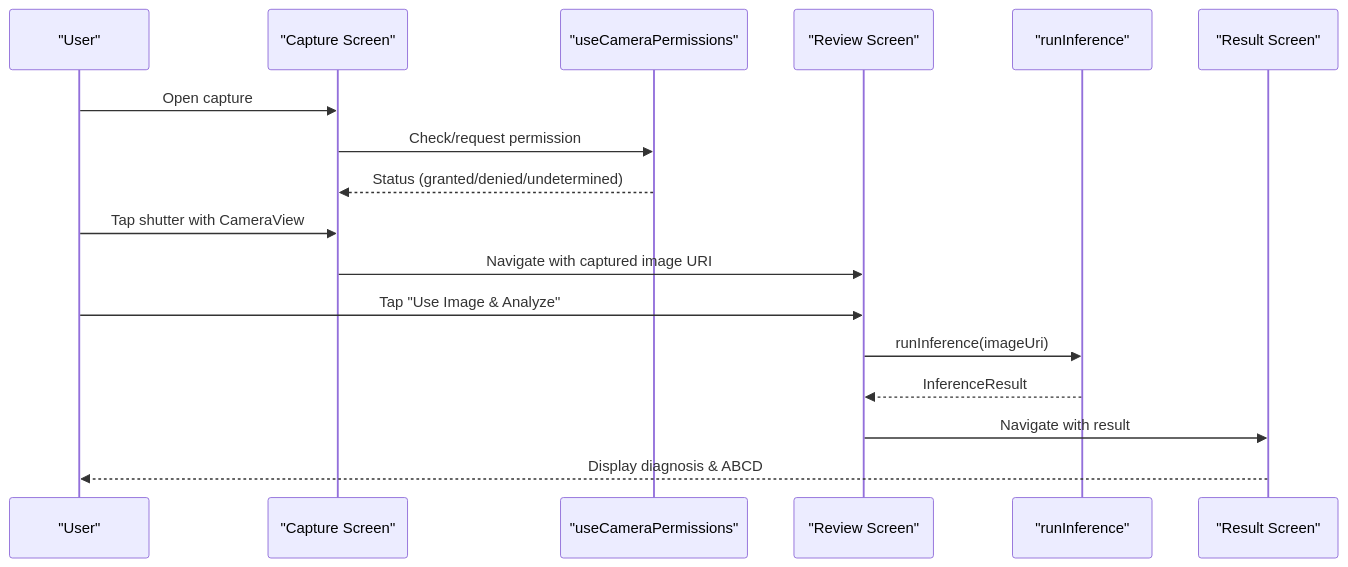
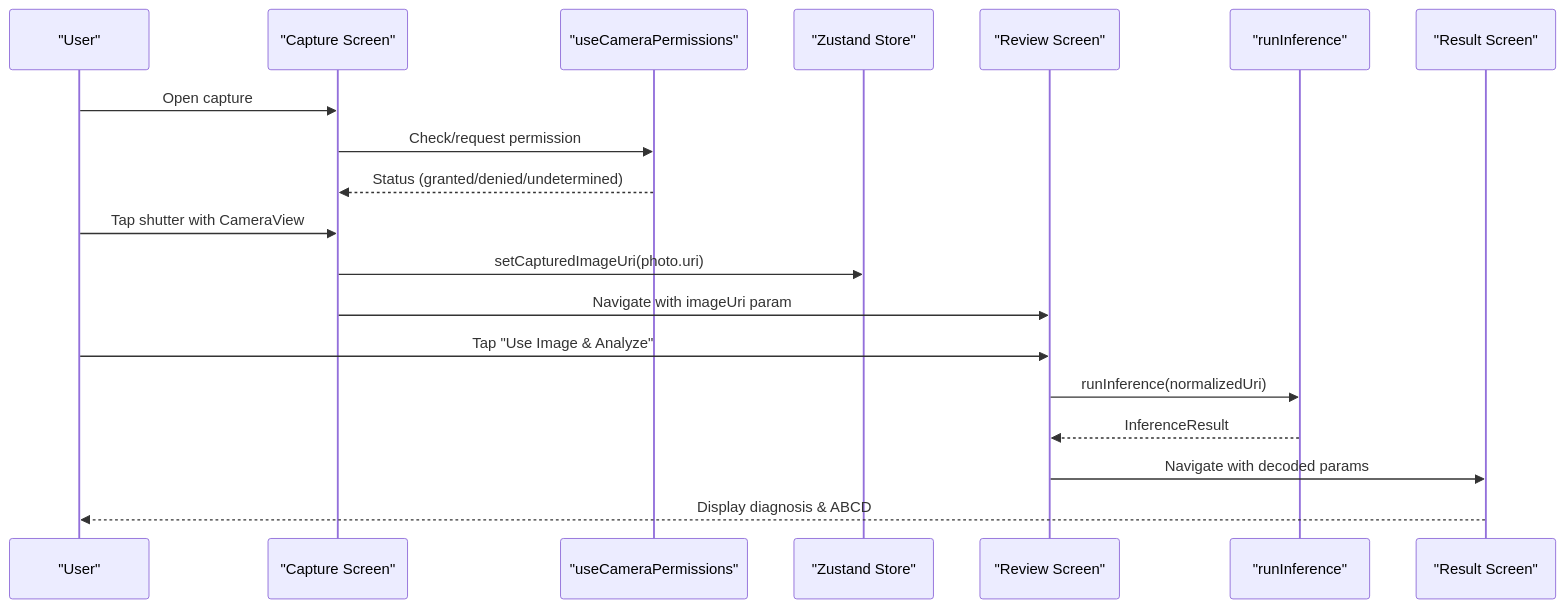
One commit to AdeelTahir-SE/DermSight changed the second of 9 diagrams in .qoder/repowiki/en/content/Camera Integration.md. Above: the diagram before and after it, drawn with Mermaid. The commit also changed other lines of this file and 43 other files, not shown here.

````diff
--- a/.qoder/repowiki/en/content/Camera Integration.md
+++ b/.qoder/repowiki/en/content/Camera Integration.md
@@ -108,19 +118,21 @@
 ```mermaid
 sequenceDiagram
 participant U as "User"
 participant C as "Capture Screen"
 participant P as "useCameraPermissions"
+participant S as "Zustand Store"
 participant R as "Review Screen"
 participant I as "runInference"
 participant J as "Result Screen"
 U->>C : Open capture
 C->>P : Check/request permission
 P-->>C : Status (granted/denied/undetermined)
 U->>C : Tap shutter with CameraView
-C->>R : Navigate with captured image URI
+C->>S : setCapturedImageUri(photo.uri)
+C->>R : Navigate with imageUri param
 U->>R : Tap "Use Image & Analyze"
-R->>I : runInference(imageUri)
+R->>I : runInference(normalizedUri)
 I-->>R : InferenceResult
-R->>J : Navigate with result
+R->>J : Navigate with decoded params
 J-->>U : Display diagnosis & ABCD
 ```
````
